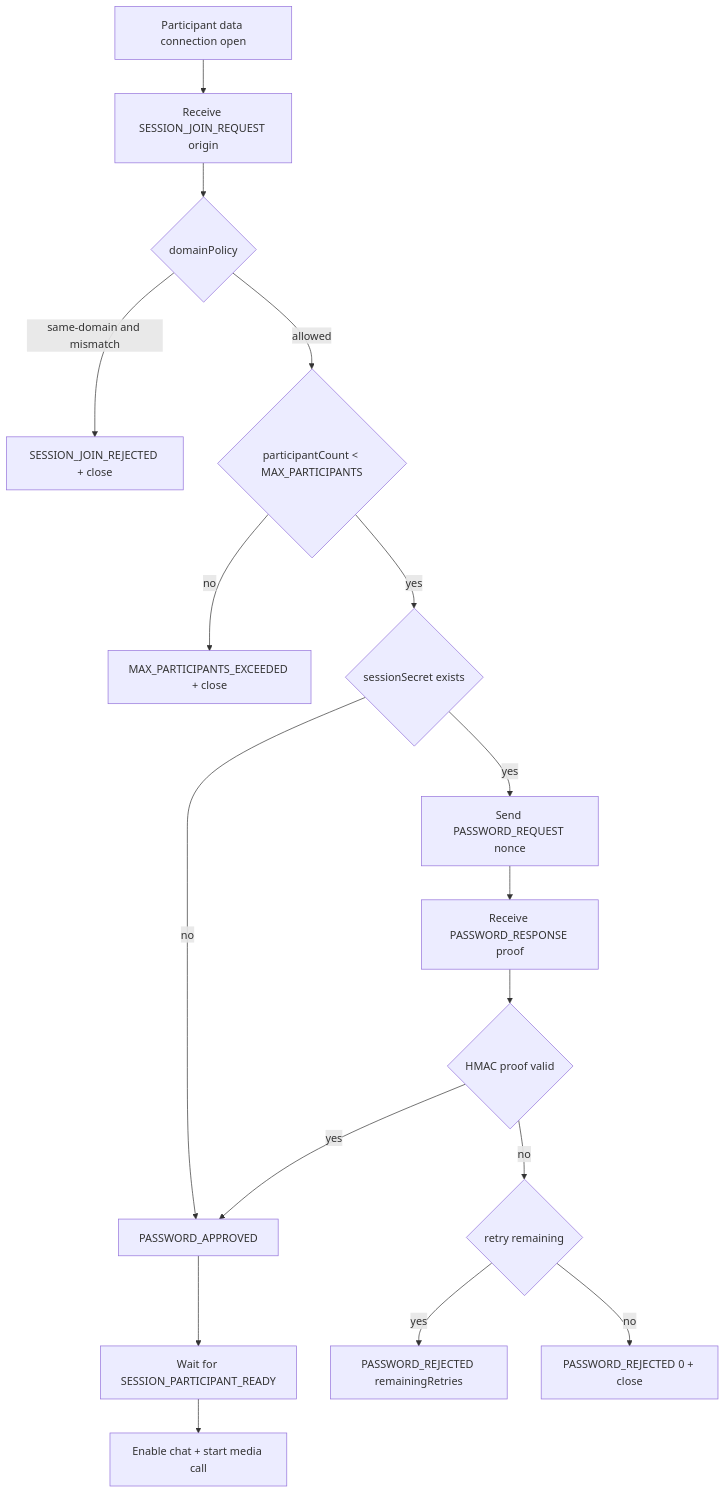
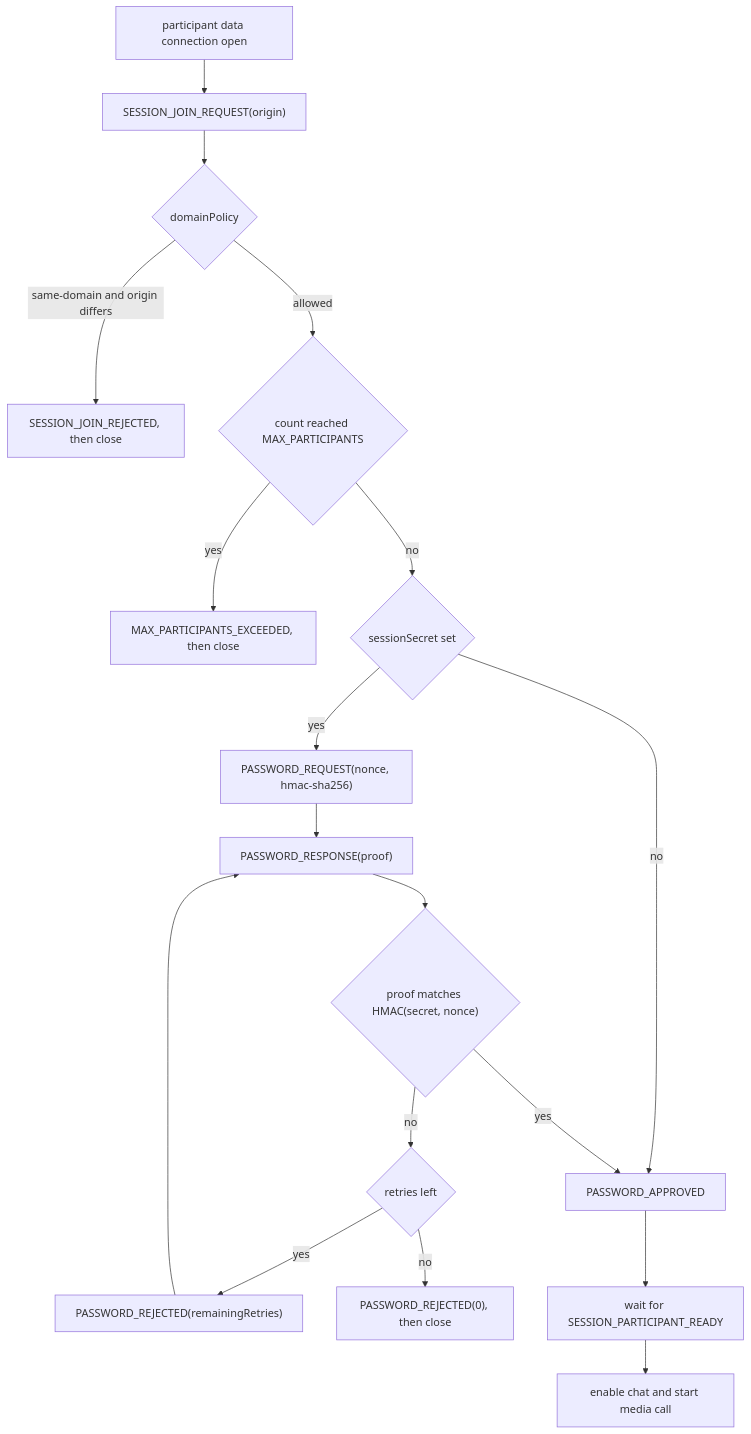
The third of 8 diagrams in ARCHITECTURE.md (BackGwa/Perspective), drawn with Mermaid before and after one commit. The commit also changed other lines of this file, not shown here.

First line of the commit message:
docs(architecture): correct diagrams and add state machines

````diff
--- a/ARCHITECTURE.md
+++ b/ARCHITECTURE.md
@@ -64,19 +88,20 @@
 ```mermaid
 flowchart TD
-    A[Participant data connection open] --> B[Receive SESSION_JOIN_REQUEST origin]
-    B --> C{domainPolicy}
-    C -->|same-domain and mismatch| D[SESSION_JOIN_REJECTED + close]
-    C -->|allowed| E{participantCount < MAX_PARTICIPANTS}
-    E -->|no| F[MAX_PARTICIPANTS_EXCEEDED + close]
-    E -->|yes| G{sessionSecret exists}
-    G -->|no| H[PASSWORD_APPROVED]
-    G -->|yes| I[Send PASSWORD_REQUEST nonce]
-    I --> J[Receive PASSWORD_RESPONSE proof]
-    J --> K{HMAC proof valid}
+    A["participant data connection open"] --> B["SESSION_JOIN_REQUEST(origin)"]
+    B --> C{"domainPolicy"}
+    C -->|"same-domain and origin differs"| D["SESSION_JOIN_REJECTED, then close"]
+    C -->|allowed| E{"count reached MAX_PARTICIPANTS"}
+    E -->|yes| F["MAX_PARTICIPANTS_EXCEEDED, then close"]
+    E -->|no| G{"sessionSecret set"}
+    G -->|no| H["PASSWORD_APPROVED"]
+    G -->|yes| I["PASSWORD_REQUEST(nonce, hmac-sha256)"]
+    I --> R["PASSWORD_RESPONSE(proof)"]
+    R --> K{"proof matches HMAC(secret, nonce)"}
     K -->|yes| H
-    K -->|no| L{retry remaining}
-    L -->|yes| M[PASSWORD_REJECTED remainingRetries]
-    L -->|no| N[PASSWORD_REJECTED 0 + close]
-    H --> O[Wait for SESSION_PARTICIPANT_READY]
-    O --> P[Enable chat + start media call]
+    K -->|no| L{"retries left"}
+    L -->|yes| M["PASSWORD_REJECTED(remainingRetries)"]
+    M --> R
+    L -->|no| N["PASSWORD_REJECTED(0), then close"]
+    H --> O["wait for SESSION_PARTICIPANT_READY"]
+    O --> Q["enable chat and start media call"]
 ```
````
